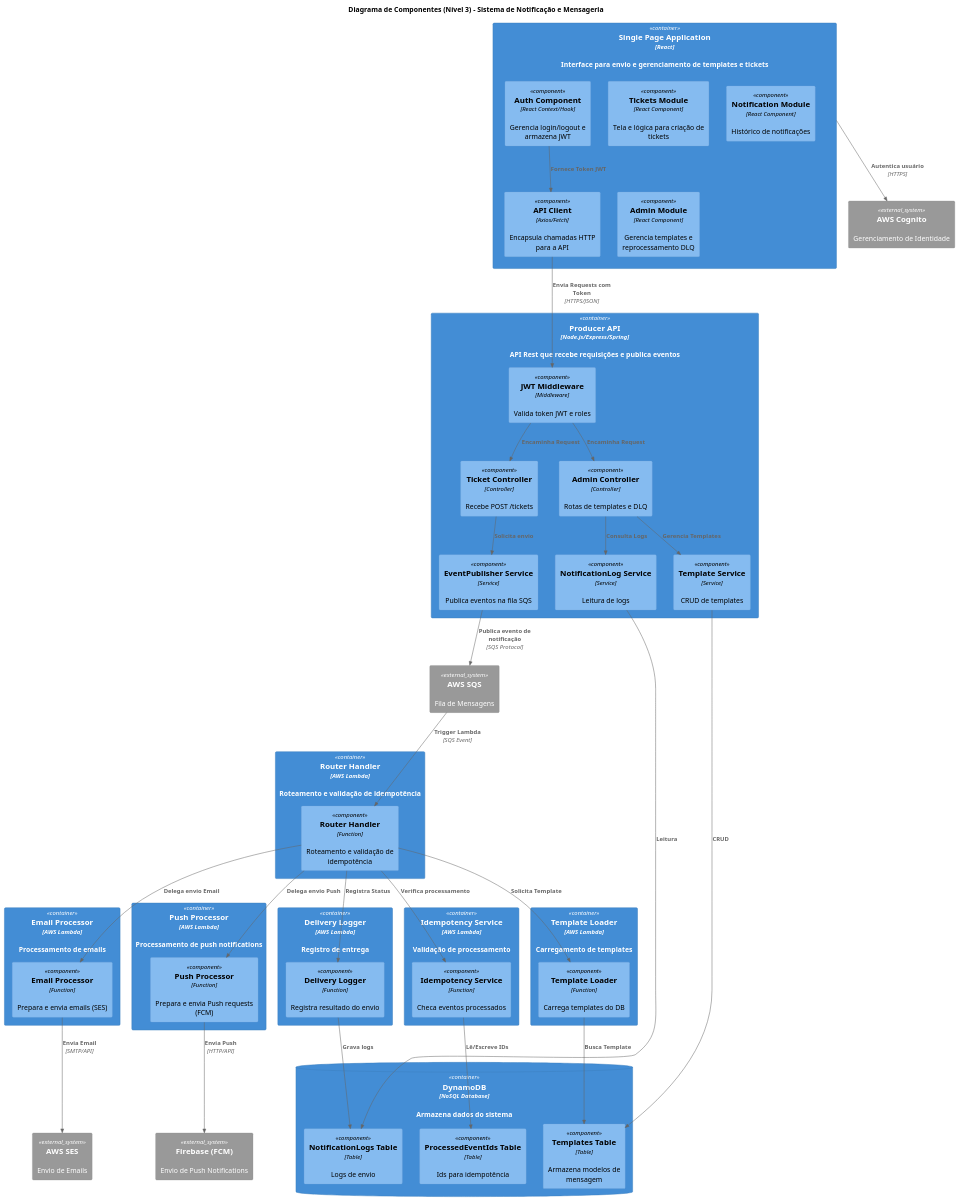
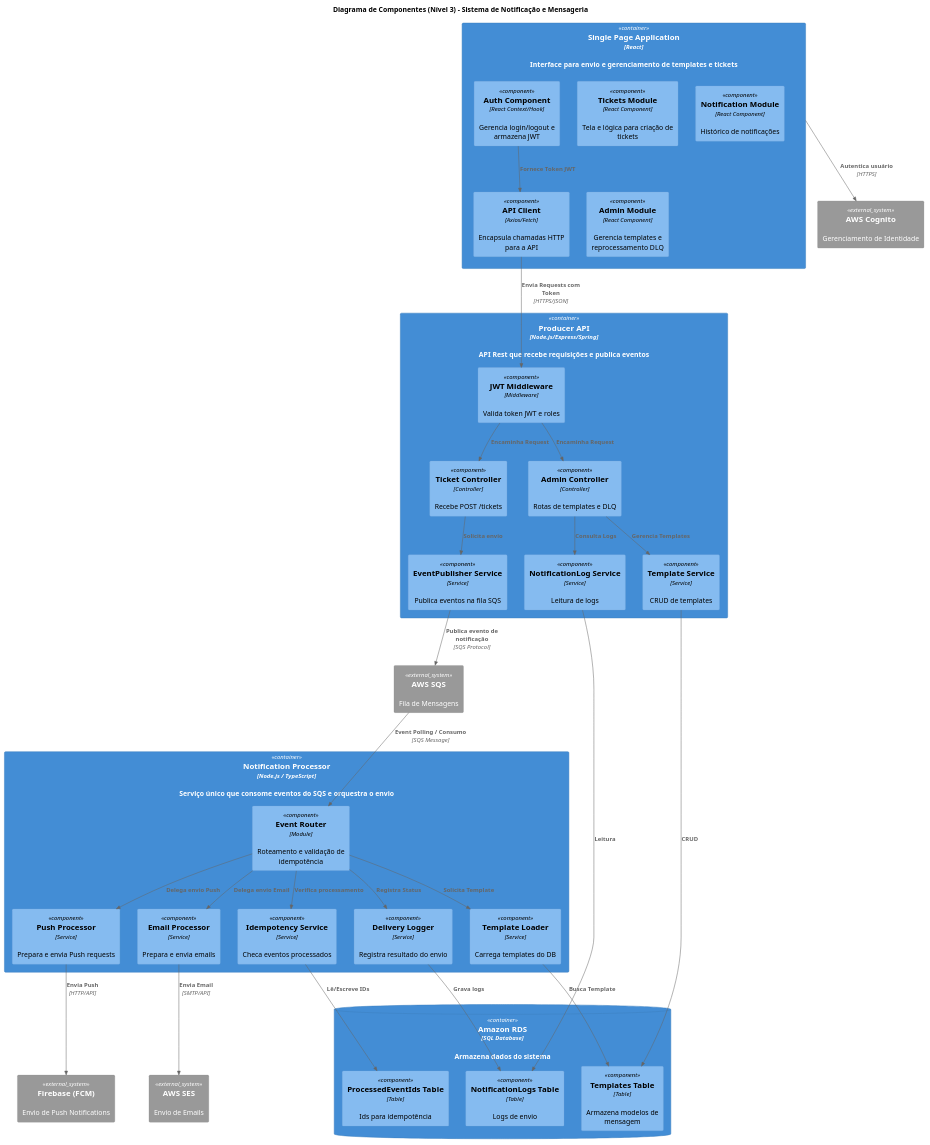
The diagram in documentacao/C4/component.puml (MiqueiasBento/Sistema-de-Notificacao-e-Mensageria), drawn with PlantUML before and after one commit. The commit also changed 11 other files, not shown here.

```diff
--- a/documentacao/C4/component.puml
+++ b/documentacao/C4/component.puml
@@ -1,92 +1,77 @@
 @startuml C4_Component_Diagram
 !include https://raw.githubusercontent.com/plantuml-stdlib/C4-PlantUML/master/C4_Component.puml
 
 title Diagrama de Componentes (Nível 3) - Sistema de Notificação e Mensageria
 ' versão v1.0
 
 Container(spa, "Single Page Application", "React", "Interface para envio e gerenciamento de templates e tickets") {
     Component(auth_comp, "Auth Component", "React Context/Hook", "Gerencia login/logout e armazena JWT")
     Component(api_client, "API Client", "Axios/Fetch", "Encapsula chamadas HTTP para a API")
     Component(tickets_mod, "Tickets Module", "React Component", "Tela e lógica para criação de tickets")
     Component(notif_mod, "Notification Module", "React Component", "Histórico de notificações")
     Component(admin_mod, "Admin Module", "React Component", "Gerencia templates e reprocessamento DLQ")
 }
 
 Container(producer_api, "Producer API", "Node.js/Express/Spring", "API Rest que recebe requisições e publica eventos") {
     Component(auth_middleware, "JWT Middleware", "Middleware", "Valida token JWT e roles")
     Component(ticket_controller, "Ticket Controller", "Controller", "Recebe POST /tickets")
     Component(admin_controller, "Admin Controller", "Controller", "Rotas de templates e DLQ")
     Component(event_publisher, "EventPublisher Service", "Service", "Publica eventos na fila SQS")
     Component(template_service, "Template Service", "Service", "CRUD de templates")
     Component(log_service, "NotificationLog Service", "Service", "Leitura de logs")
 }
 
-Container(router_container, "Router Handler", "AWS Lambda", "Roteamento e validação de idempotência") {
-    Component(router_handler, "Router Handler", "Function", "Roteamento e validação de idempotência")
+Container(notification_processor, "Notification Processor", "Node.js / TypeScript", "Serviço único que consome eventos do SQS e orquestra o envio") {
+    Component(router_handler, "Event Router", "Module", "Roteamento e validação de idempotência")
+    Component(idempotency_svc, "Idempotency Service", "Service", "Checa eventos processados")
+    Component(template_loader, "Template Loader", "Service", "Carrega templates do DB")
+    Component(email_proc, "Email Processor", "Service", "Prepara e envia emails")
+    Component(push_proc, "Push Processor", "Service", "Prepara e envia Push requests")
+    Component(del_logger, "Delivery Logger", "Service", "Registra resultado do envio")
 }
 
-Container(idempotency_container, "Idempotency Service", "AWS Lambda", "Validação de processamento") {
-    Component(idempotency_svc, "Idempotency Service", "Function", "Checa eventos processados")
-}
-
-Container(template_container, "Template Loader", "AWS Lambda", "Carregamento de templates") {
-    Component(template_loader, "Template Loader", "Function", "Carrega templates do DB")
-}
-
-Container(email_container, "Email Processor", "AWS Lambda", "Processamento de emails") {
-    Component(email_proc, "Email Processor", "Function", "Prepara e envia emails (SES)")
-}
-
-Container(push_container, "Push Processor", "AWS Lambda", "Processamento de push notifications") {
-    Component(push_proc, "Push Processor", "Function", "Prepara e envia Push requests (FCM)")
-}
-
-Container(logger_container, "Delivery Logger", "AWS Lambda", "Registro de entrega") {
-    Component(del_logger, "Delivery Logger", "Function", "Registra resultado do envio")
-}
-
-ContainerDb(dynamo, "DynamoDB", "NoSQL Database", "Armazena dados do sistema") {
+ContainerDb(rds, "Amazon RDS", "SQL Database", "Armazena dados do sistema") {
     Component(table_templates, "Templates Table", "Table", "Armazena modelos de mensagem")
     Component(table_logs, "NotificationLogs Table", "Table", "Logs de envio")
     Component(table_ids, "ProcessedEventIds Table", "Table", "Ids para idempotência")
 }
 
 System_Ext(cognito, "AWS Cognito", "Gerenciamento de Identidade")
 System_Ext(sqs, "AWS SQS", "Fila de Mensagens")
 System_Ext(ses, "AWS SES", "Envio de Emails")
 System_Ext(fcm, "Firebase (FCM)", "Envio de Push Notifications")
 
 Rel(spa, cognito, "Autentica usuário", "HTTPS")
 Rel(auth_comp, api_client, "Fornece Token JWT")
 
 Rel(api_client, auth_middleware, "Envia Requests com Token", "HTTPS/JSON")
 Rel(auth_middleware, ticket_controller, "Encaminha Request")
 Rel(auth_middleware, admin_controller, "Encaminha Request")
 
 Rel(ticket_controller, event_publisher, "Solicita envio")
 Rel(admin_controller, template_service, "Gerencia Templates")
 Rel(admin_controller, log_service, "Consulta Logs")
 
 Rel(event_publisher, sqs, "Publica evento de notificação", "SQS Protocol")
 
 Rel(template_service, table_templates, "CRUD")
 Rel(log_service, table_logs, "Leitura")
 
-Rel(sqs, router_handler, "Trigger Lambda", "SQS Event")
+Rel(sqs, router_handler, "Event Polling / Consumo", "SQS Message")
 
 Rel(router_handler, idempotency_svc, "Verifica processamento")
 Rel(idempotency_svc, table_ids, "Lê/Escreve IDs")
 
 Rel(router_handler, template_loader, "Solicita Template")
 Rel(template_loader, table_templates, "Busca Template")
 
 Rel(router_handler, email_proc, "Delega envio Email")
 Rel(router_handler, push_proc, "Delega envio Push")
 
 Rel(email_proc, ses, "Envia Email", "SMTP/API")
 Rel(push_proc, fcm, "Envia Push", "HTTP/API")
 
 Rel(router_handler, del_logger, "Registra Status")
 Rel(del_logger, table_logs, "Grava logs")
 
 @enduml
```
